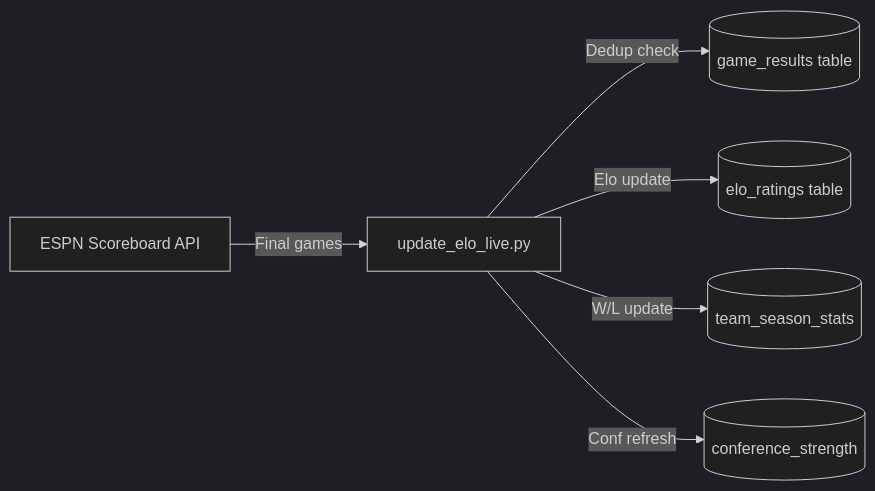
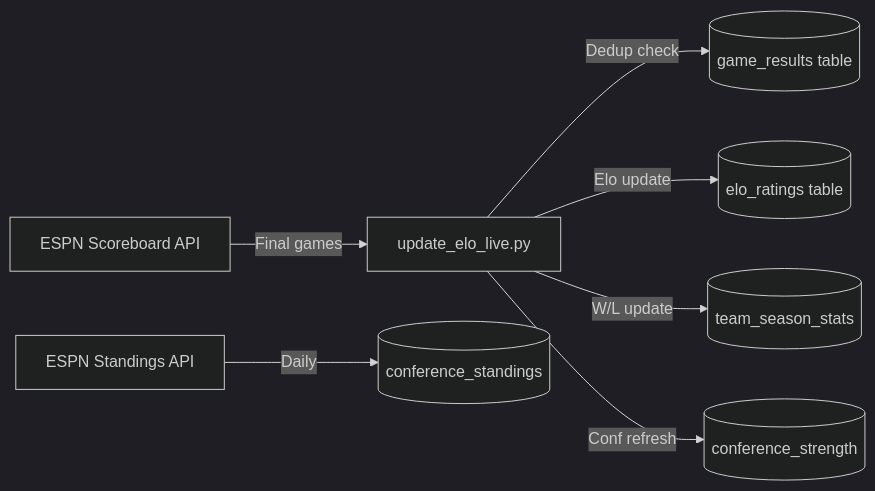
The second of 2 diagrams in docs/MODEL.md (rapaugustino/ubunifu-madness), drawn with Mermaid (dark theme) before and after one commit. The commit also changed other lines of this file and 14 other files, not shown here.

First line of the commit message:
fix explain_matchup consistency, add conference standings, update agent prompt

````diff
--- a/docs/MODEL.md
+++ b/docs/MODEL.md
@@ -479,8 +490,9 @@
 ```mermaid
 graph LR
     A[ESPN Scoreboard API] -->|Final games| B[update_elo_live.py]
     B -->|Dedup check| C[(game_results table)]
     B -->|Elo update| D[(elo_ratings table)]
     B -->|W/L update| E[(team_season_stats)]
     B -->|Conf refresh| F[(conference_strength)]
+    G[ESPN Standings API] -->|Daily| H[(conference_standings)]
 ```
````
